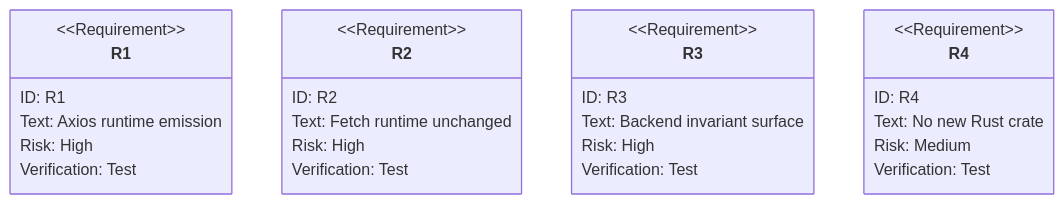
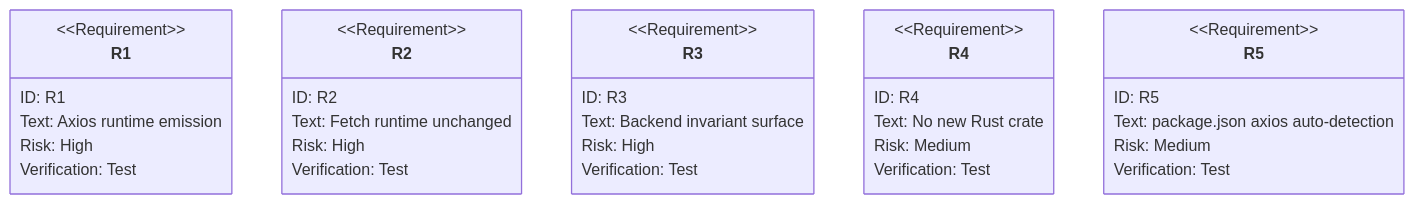
One commit to chrischeng-c4/axiom changed the second of 2 diagrams in .aw/tech-design/projects/jet/interfaces/cli/select-http-client-backend-fetch-axios-for-openapi-codegen.md. Above: the diagram before and after it, drawn with Mermaid. The commit also changed other lines of this file and 115 other files, not shown here.

````diff
--- a/.aw/tech-design/projects/jet/interfaces/cli/select-http-client-backend-fetch-axios-for-openapi-codegen.md
+++ b/.aw/tech-design/projects/jet/interfaces/cli/select-http-client-backend-fetch-axios-for-openapi-codegen.md
@@ -55,47 +55,57 @@
 ```mermaid
 ---
 id: jet-codegen-openapi-http-client-unit-test
 requirements:
   R1:
     text: "--http axios emits a runtime that imports axios and dispatches via an AxiosInstance."
     risk: high
     verify: unit
   R2:
-    text: "Default and --http fetch emit the existing fetch runtime unchanged."
+    text: "fetch from CLI, jet.toml, or fallback emits the existing fetch runtime unchanged."
     risk: high
     verify: unit
   R3:
     text: "client.ts, hooks.ts, types.ts, and index.ts are byte-identical across backends."
     risk: high
     verify: unit
   R4:
     text: "axios is a generated-output peer dependency only; jet adds no new Rust crate."
     risk: medium
     verify: command
+  R5:
+    text: "package.json axios dependency selects the axios runtime when --http and jet.toml do not override it."
+    risk: medium
+    verify: unit
 ---
 requirementDiagram
 requirement R1 {
   id: R1
   text: "Axios runtime emission"
   risk: High
   verifymethod: Test
 }
 requirement R2 {
   id: R2
   text: "Fetch runtime unchanged"
   risk: High
   verifymethod: Test
 }
 requirement R3 {
   id: R3
   text: "Backend invariant surface"
   risk: High
   verifymethod: Test
 }
 requirement R4 {
   id: R4
   text: "No new Rust crate"
   risk: Medium
   verifymethod: Test
 }
+requirement R5 {
+  id: R5
+  text: "package.json axios auto-detection"
+  risk: Medium
+  verifymethod: Test
+}
 ```
````
